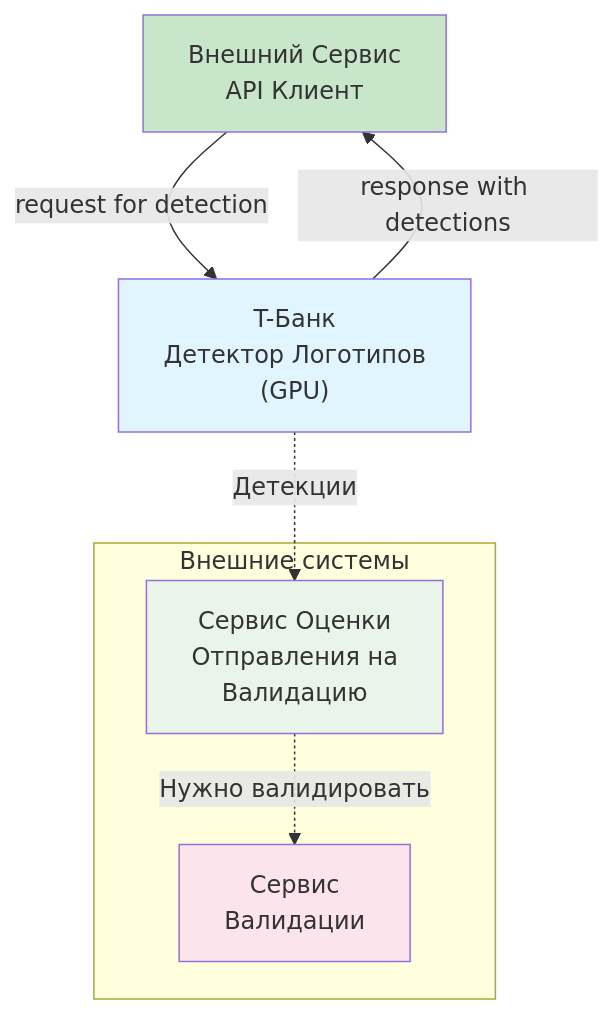
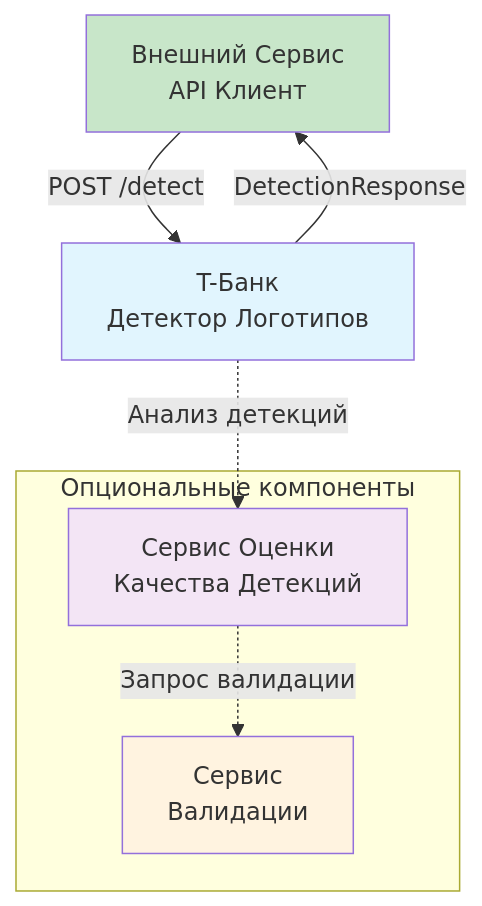
One commit to medphisiker/tbank_logo_detector changed the first of 3 diagrams in service/README.md. Above: the diagram before and after it, drawn with Mermaid. The commit also changed other lines of this file, not shown here.

First line of the commit message:
docs(service): обновить документацию архитектуры сервиса детекции логотипов

````diff
--- a/service/README.md
+++ b/service/README.md
@@ -36,19 +50,19 @@
 ```mermaid
 graph TB
-    ExternalService["Внешний Сервис<br/>API Клиент"] -->|"request for detection"| TBankDetector["T-Банк<br/>Детектор Логотипов<br/>(GPU)"]
-
-    TBankDetector -->|"response with detections"| ExternalService
-
-    subgraph "Внешние системы"
-        EvaluationService["Сервис Оценки<br/>Отправления на<br/>Валидацию"]
+    ExternalService["Внешний Сервис<br/>API Клиент"] -->|"POST /detect"| TBankDetector["T-Банк<br/>Детектор Логотипов"]
+    
+    TBankDetector -->|"DetectionResponse"| ExternalService
+    
+    subgraph "Опциональные компоненты"
+        EvaluationService["Сервис Оценки<br/>Качества Детекций"]
         ValidationService["Сервис<br/>Валидации"]
     end
-
-    TBankDetector -.->|"Детекции"| EvaluationService
-    EvaluationService -.->|"Нужно валидировать"| ValidationService
-
+    
+    TBankDetector -.->|"Анализ детекций"| EvaluationService
+    EvaluationService -.->|"Запрос валидации"| ValidationService
+    
     style TBankDetector fill:#e1f5fe
-    style EvaluationService fill:#e8f5e8
-    style ValidationService fill:#fce4ec
+    style EvaluationService fill:#f3e5f5
+    style ValidationService fill:#fff3e0
     style ExternalService fill:#c8e6c9
 ```
````
